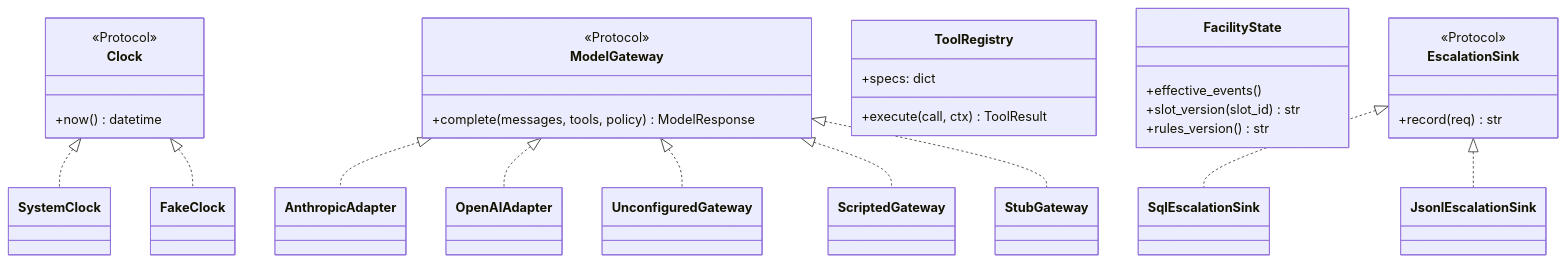
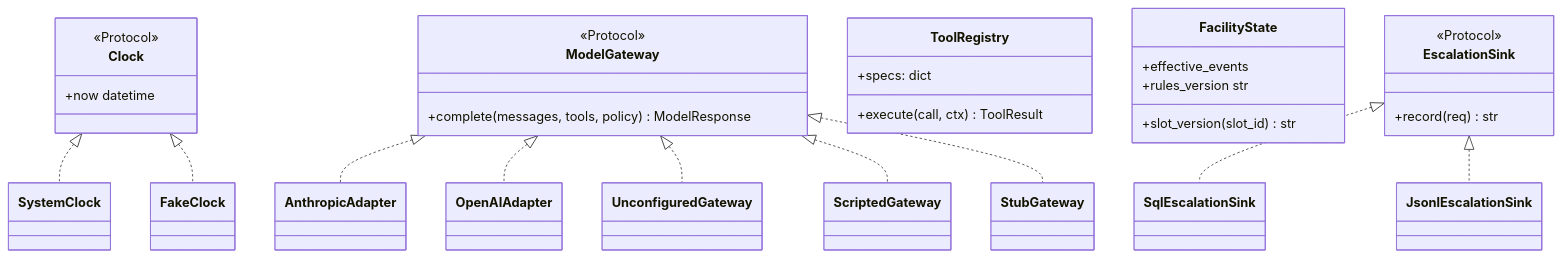
One commit to vijay-inner-compass/SetuHaul_Rescheduling_Service changed the first of 2 diagrams in docs/enterprise/03-architecture/DOC-08-low-level-design.md. Above: the diagram before and after it, drawn with Mermaid. The commit also changed other lines of this file and 36 other files, not shown here.

````diff
--- a/docs/enterprise/03-architecture/DOC-08-low-level-design.md
+++ b/docs/enterprise/03-architecture/DOC-08-low-level-design.md
@@ -25,44 +25,44 @@
 ```mermaid
 classDiagram
-    class Clock {
-        <<Protocol>>
-        +now() datetime
-    }
-    class SystemClock
-    class FakeClock
-    Clock <|.. SystemClock
-    Clock <|.. FakeClock
+ class Clock {
+ <<Protocol>>
+ +now datetime
+ }
+ class SystemClock
+ class FakeClock
+ Clock <|.. SystemClock
+ Clock <|.. FakeClock
 
-    class ModelGateway {
-        <<Protocol>>
-        +complete(messages, tools, policy) ModelResponse
-    }
-    class AnthropicAdapter
-    class OpenAIAdapter
-    class UnconfiguredGateway
-    class ScriptedGateway
-    class StubGateway
-    ModelGateway <|.. AnthropicAdapter
-    ModelGateway <|.. OpenAIAdapter
-    ModelGateway <|.. UnconfiguredGateway
-    ModelGateway <|.. ScriptedGateway
-    ModelGateway <|.. StubGateway
+ class ModelGateway {
+ <<Protocol>>
+ +complete(messages, tools, policy) ModelResponse
+ }
+ class AnthropicAdapter
+ class OpenAIAdapter
+ class UnconfiguredGateway
+ class ScriptedGateway
+ class StubGateway
+ ModelGateway <|.. AnthropicAdapter
+ ModelGateway <|.. OpenAIAdapter
+ ModelGateway <|.. UnconfiguredGateway
+ ModelGateway <|.. ScriptedGateway
+ ModelGateway <|.. StubGateway
 
-    class ToolRegistry {
-        +specs: dict
-        +execute(call, ctx) ToolResult
-    }
-    class FacilityState {
-        +effective_events()
-        +slot_version(slot_id) str
-        +rules_version() str
-    }
-    class EscalationSink {
-        <<Protocol>>
-        +record(req) str
-    }
-    class SqlEscalationSink
-    class JsonlEscalationSink
-    EscalationSink <|.. SqlEscalationSink
-    EscalationSink <|.. JsonlEscalationSink
+ class ToolRegistry {
+ +specs: dict
+ +execute(call, ctx) ToolResult
+ }
+ class FacilityState {
+ +effective_events
+ +slot_version(slot_id) str
+ +rules_version str
+ }
+ class EscalationSink {
+ <<Protocol>>
+ +record(req) str
+ }
+ class SqlEscalationSink
+ class JsonlEscalationSink
+ EscalationSink <|.. SqlEscalationSink
+ EscalationSink <|.. JsonlEscalationSink
 ```
````
